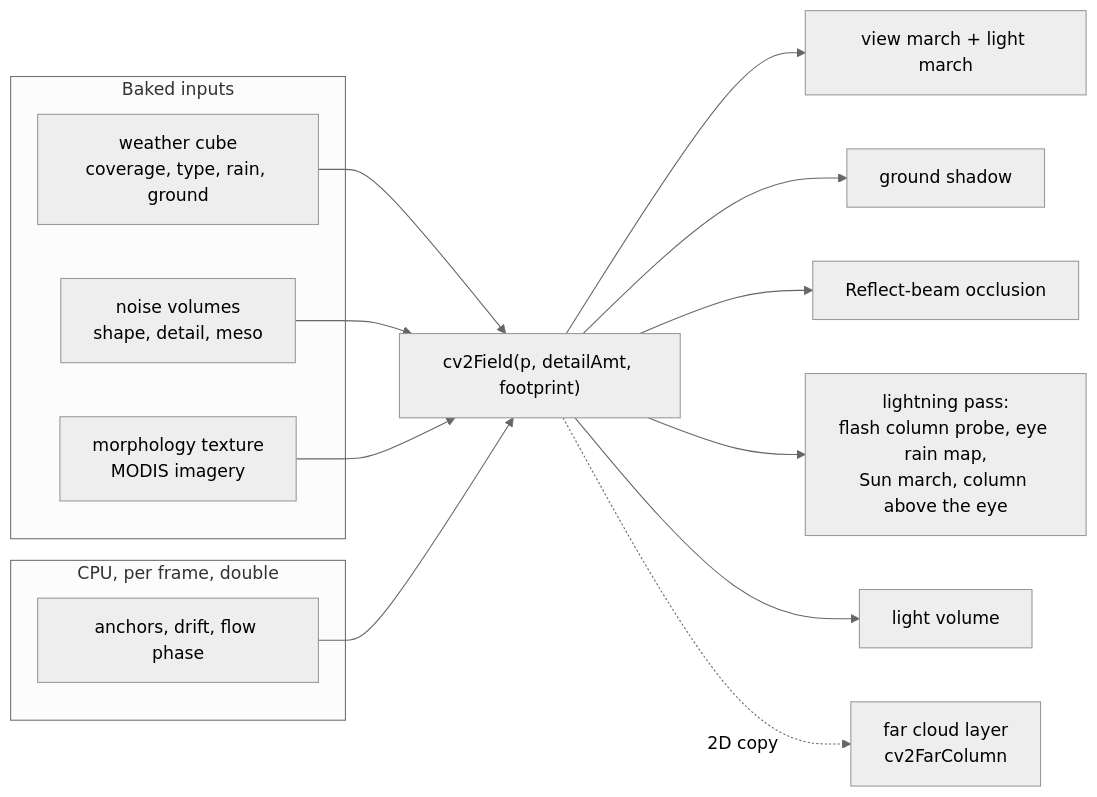
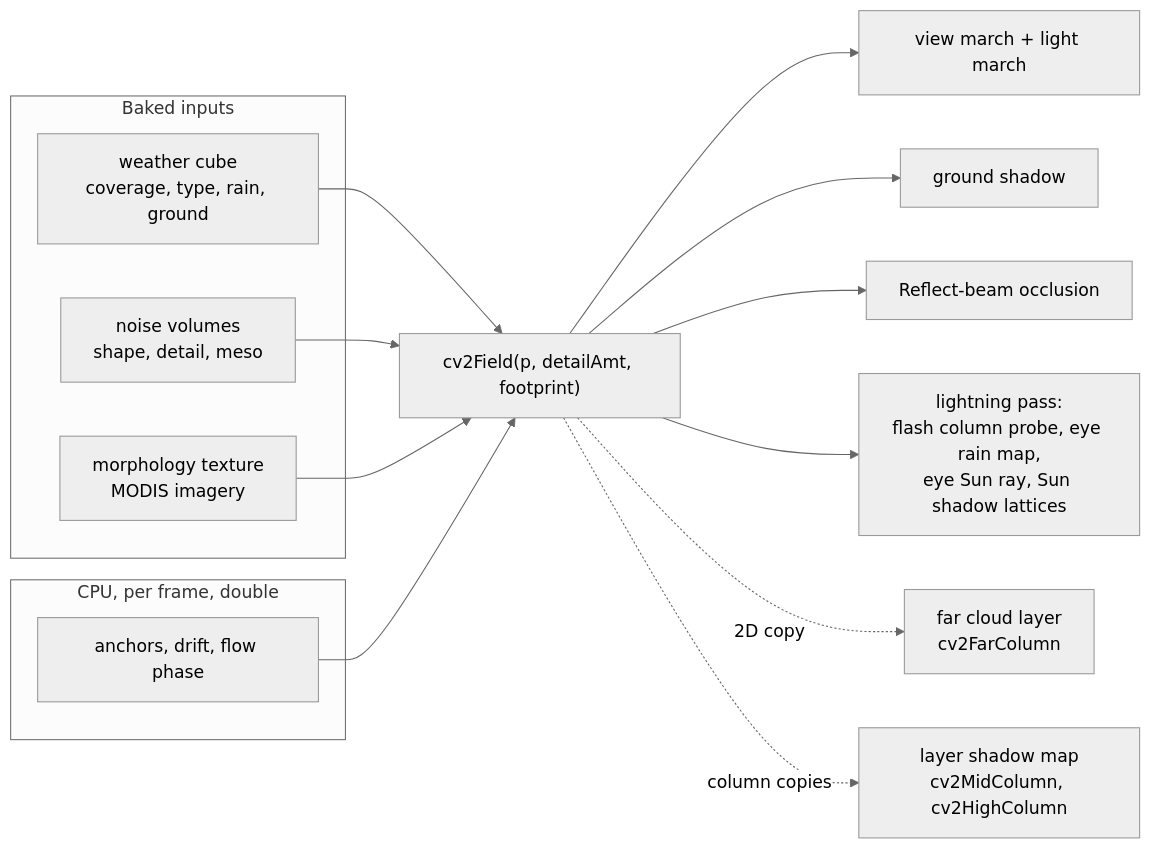
Before and after one commit to largepizza/SAT_LIGHT_SIM: the diagram in wiki/rendering/clouds/field.md, drawn with Mermaid (neutral theme). The commit also changed other lines of this file and 104 other files, not shown here.

````diff
--- a/wiki/rendering/clouds/field.md
+++ b/wiki/rendering/clouds/field.md
@@ -17,21 +17,21 @@
 ```mermaid
 flowchart LR
   subgraph inputs[Baked inputs]
     W[weather cube<br/>coverage, type, rain, ground]
     N[noise volumes<br/>shape, detail, meso]
     M[morphology texture<br/>MODIS imagery]
   end
   subgraph cpu[CPU, per frame, double]
     A[anchors, drift, flow phase]
   end
   W --> F["cv2Field(p, detailAmt, footprint)"]
   N --> F
   M --> F
   A --> F
   F --> V[view march + light march]
   F --> G[ground shadow]
   F --> B[Reflect-beam occlusion]
-  F --> L[lightning pass:<br/>flash column probe, eye rain map,<br/>Sun march, column above the eye]
-  F --> LV[light volume]
+  F --> L[lightning pass:<br/>flash column probe, eye rain map,<br/>eye Sun ray, Sun shadow lattices]
   F -.2D copy.-> FAR[far cloud layer<br/>cv2FarColumn]
+  F -.column copies.-> LM[layer shadow map<br/>cv2MidColumn, cv2HighColumn]
 ```
````
